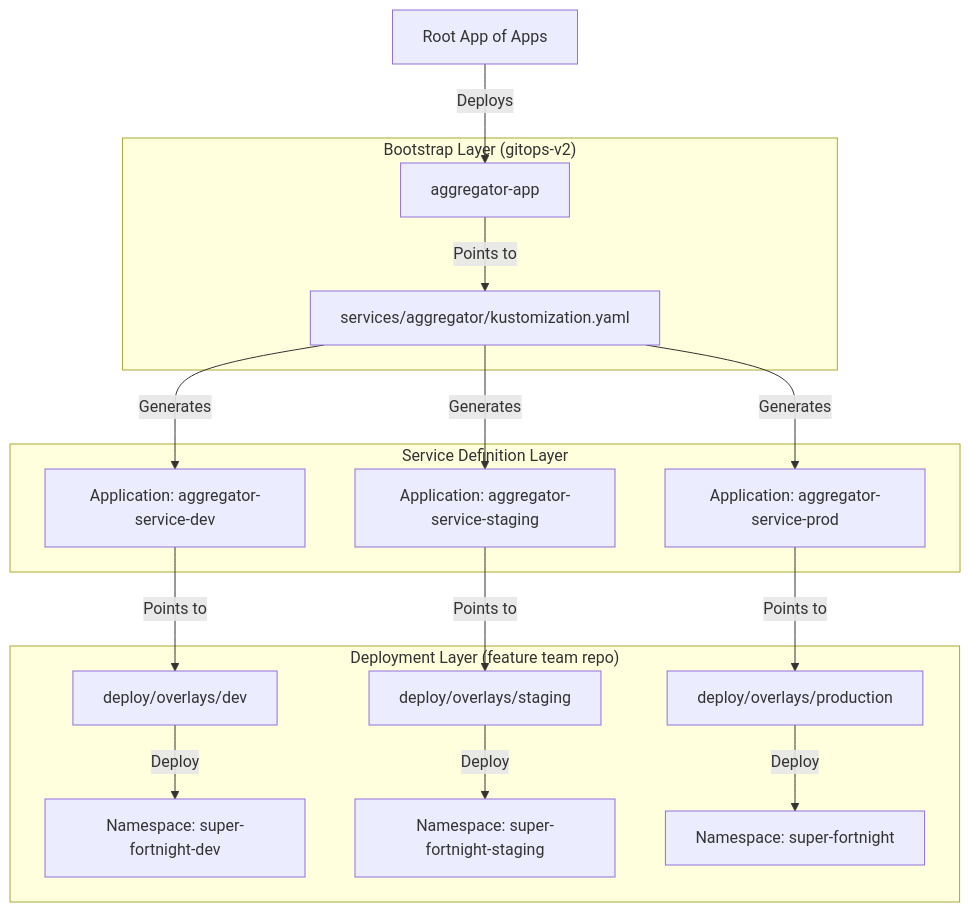
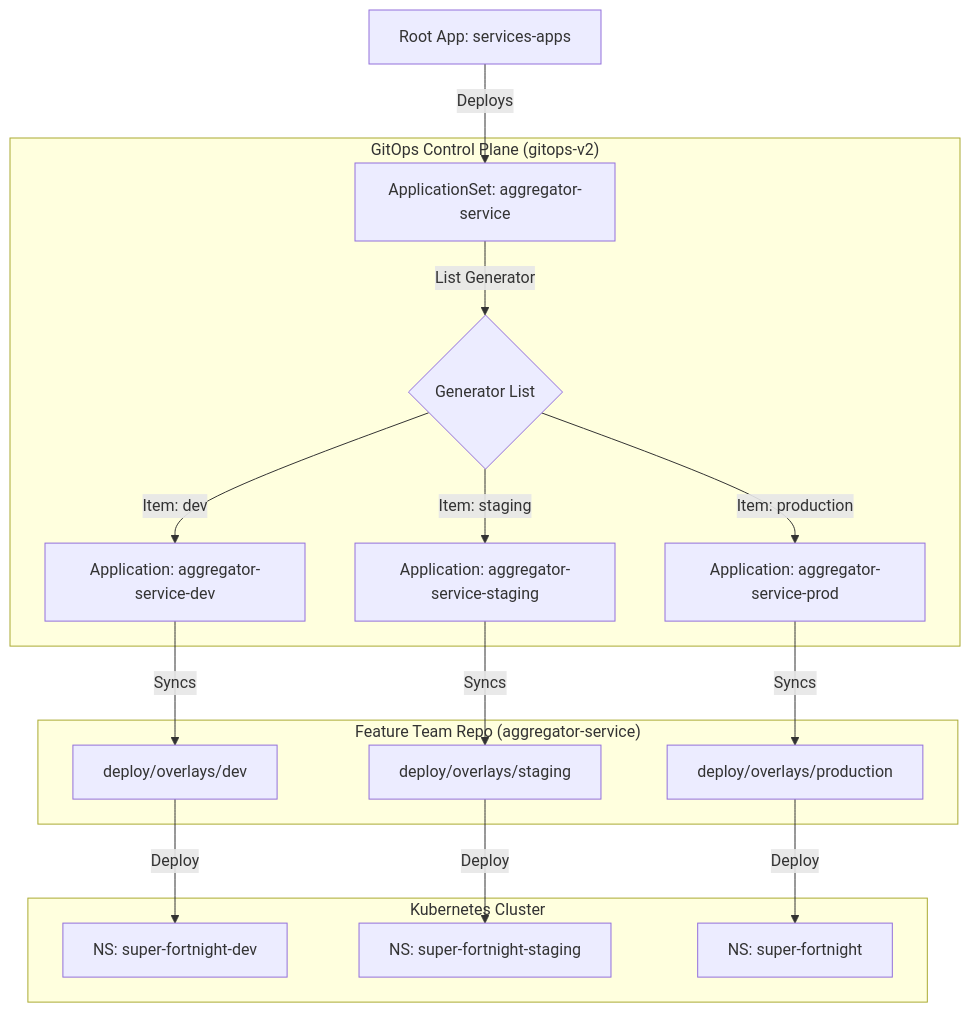
One commit to ashutosh-18k92/gitops-v2 changed the diagram in README.md. Above: the diagram before and after it, drawn with Mermaid. The commit also changed other lines of this file and 9 other files, not shown here.

Commit message:
refactor: Migrate aggregator service deployment from Kustomize-based App of Apps to ArgoCD ApplicationSet.

````diff
--- a/README.md
+++ b/README.md
@@ -31,28 +23,27 @@
 ```mermaid
 graph TD
-    %% Root of everything
-    AoA[Root App of Apps] -->|Deploys| AggBoot[aggregator-app]
+    %% Root
+    Root[Root App: services-apps] -->|Deploys| AppSet[ApplicationSet: aggregator-service]
 
-    %% Bootstrap App Layer
-    subgraph "Bootstrap Layer (gitops-v2)"
-    AggBoot -->|Points to| AggSwitch[services/aggregator/kustomization.yaml]
+    %% ApplicationSet Logic
+    subgraph "GitOps Control Plane (gitops-v2)"
+    AppSet -->|List Generator| GenList{Generator List}
+    GenList -->|Item: dev| AppDev[Application: aggregator-service-dev]
+    GenList -->|Item: staging| AppStage[Application: aggregator-service-staging]
+    GenList -->|Item: production| AppProd[Application: aggregator-service-prod]
     end
 
-    %% Service App Definition Layer
-    subgraph "Service Definition Layer"
-    AggSwitch -->|Generates| AppDev[Application: aggregator-service-dev]
-    AggSwitch -->|Generates| AppStage[Application: aggregator-service-staging]
-    AggSwitch -->|Generates| AppProd[Application: aggregator-service-prod]
+    %% Deployment Layer
+    subgraph "Feature Team Repo (aggregator-service)"
+    AppDev -->|Syncs| OverlayDev[deploy/overlays/dev]
+    AppStage -->|Syncs| OverlayStage[deploy/overlays/staging]
+    AppProd -->|Syncs| OverlayProd[deploy/overlays/production]
     end
 
-    %% Actual Service Deployment Layer
-    subgraph "Deployment Layer (feature team repo)"
-    AppDev -->|Points to| DevOverlay[deploy/overlays/dev]
-    AppStage -->|Points to| StageOverlay[deploy/overlays/staging]
-    AppProd -->|Points to| ProdOverlay[deploy/overlays/production]
-
-    DevOverlay -->|Deploy| K8sDev[Namespace: super-fortnight-dev]
-    StageOverlay -->|Deploy| K8sStage[Namespace: super-fortnight-staging]
-    ProdOverlay -->|Deploy| K8sProd[Namespace: super-fortnight]
+    %% Cluster Layer
+    subgraph "Kubernetes Cluster"
+    OverlayDev -->|Deploy| NS-Dev[NS: super-fortnight-dev]
+    OverlayStage -->|Deploy| NS-Stage[NS: super-fortnight-staging]
+    OverlayProd -->|Deploy| NS-Prod[NS: super-fortnight]
     end
 ```
````
